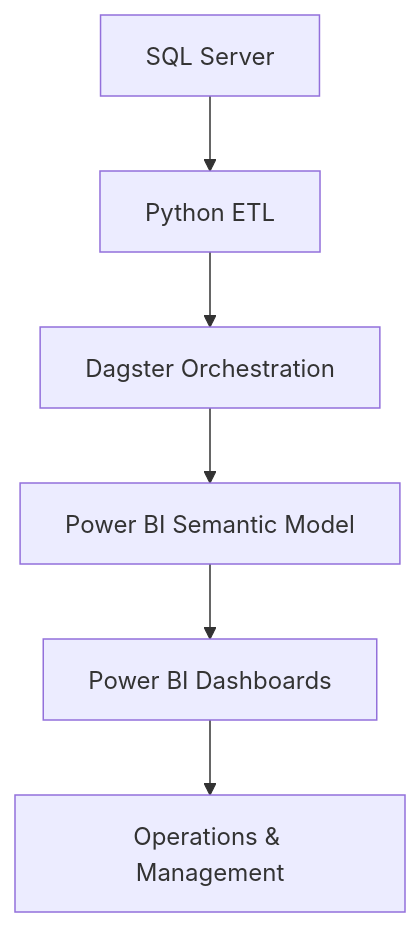
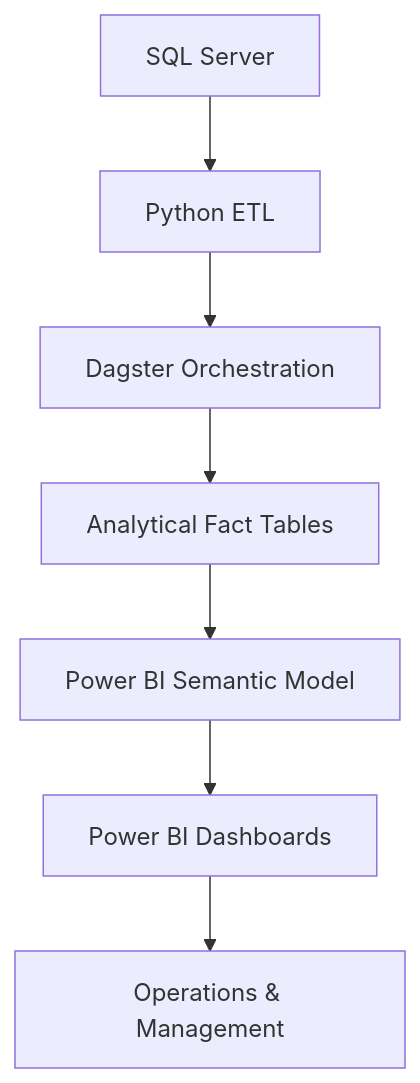
The first of 2 diagrams in Enterprise/Customer Service Analytics/README.md (thienclaa/congenial-octo-projects), drawn with Mermaid before and after one commit. The commit also changed other lines of this file, not shown here.

````diff
--- a/Enterprise/Customer Service Analytics/README.md
+++ b/Enterprise/Customer Service Analytics/README.md
@@ -43,8 +51,9 @@
 ```mermaid
 flowchart TD
     A[SQL Server] --> B[Python ETL]
     B --> C[Dagster Orchestration]
-    C --> D[Power BI Semantic Model]
-    D --> E[Power BI Dashboards]
-    E --> F[Operations & Management]
+    C --> D[Analytical Fact Tables]
+    D --> E[Power BI Semantic Model]
+    E --> F[Power BI Dashboards]
+    F --> G[Operations & Management]
 ```
````
